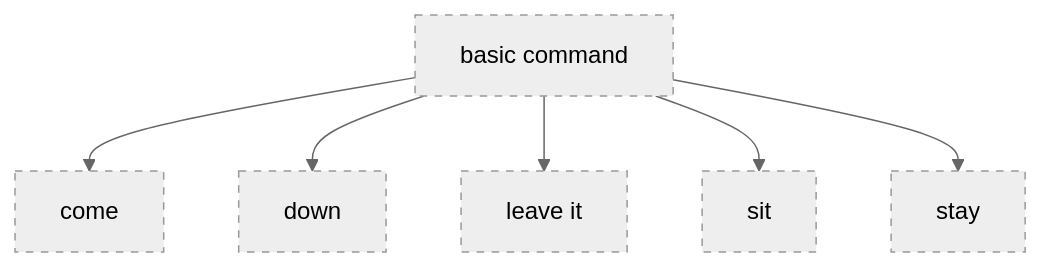
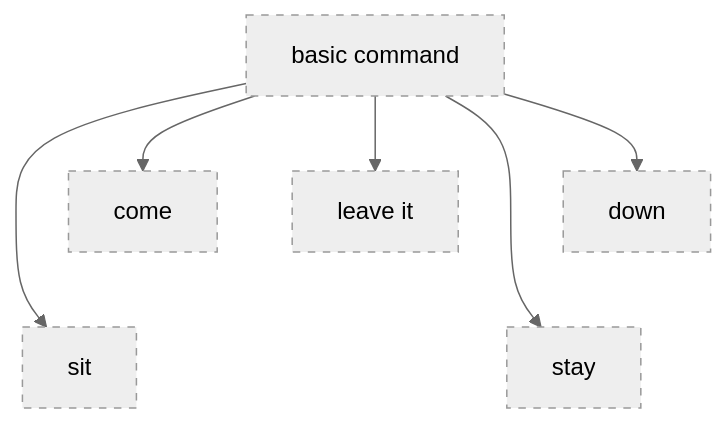
The first of 57 diagrams in data/ontology-pets-and-house-rules/03_release/00_raw/level-2.md (belaboros/DomainAiAssistant), drawn with Mermaid (neutral theme) before and after one commit. The commit also changed other lines of this file and 16 other files, not shown here.

First line of the commit message:
T39 (spec 0002): level diagrams near 16:9, is-a edges in relation diagrams

````diff
--- a/data/ontology-pets-and-house-rules/03_release/00_raw/level-2.md
+++ b/data/ontology-pets-and-house-rules/03_release/00_raw/level-2.md
@@ -14,16 +14,18 @@
 ```mermaid
 flowchart TB
     classDef draft stroke-dasharray: 5 5
     cn_01M82GS0NSGHH6X6DCYVS251BV["basic command"]
     cn_01M82GS0NSGHH6X6DCYVS251BZ["come"]
     cn_01M82GS0NSGHH6X6DCYVS251BX["down"]
     cn_01M82GS0NSGHH6X6DCYVS251C0["leave it"]
     cn_01M82GS0NSGHH6X6DCYVS251BW["sit"]
     cn_01M82GS0NSGHH6X6DCYVS251BY["stay"]
     cn_01M82GS0NSGHH6X6DCYVS251BV --> cn_01M82GS0NSGHH6X6DCYVS251BZ
     cn_01M82GS0NSGHH6X6DCYVS251BV --> cn_01M82GS0NSGHH6X6DCYVS251BX
     cn_01M82GS0NSGHH6X6DCYVS251BV --> cn_01M82GS0NSGHH6X6DCYVS251C0
     cn_01M82GS0NSGHH6X6DCYVS251BV --> cn_01M82GS0NSGHH6X6DCYVS251BW
     cn_01M82GS0NSGHH6X6DCYVS251BV --> cn_01M82GS0NSGHH6X6DCYVS251BY
+    cn_01M82GS0NSGHH6X6DCYVS251BZ ~~~ cn_01M82GS0NSGHH6X6DCYVS251BW
+    cn_01M82GS0NSGHH6X6DCYVS251BX ~~~ cn_01M82GS0NSGHH6X6DCYVS251BY
     class cn_01M82GS0NSGHH6X6DCYVS251BV,cn_01M82GS0NSGHH6X6DCYVS251BZ,cn_01M82GS0NSGHH6X6DCYVS251BX,cn_01M82GS0NSGHH6X6DCYVS251C0,cn_01M82GS0NSGHH6X6DCYVS251BW,cn_01M82GS0NSGHH6X6DCYVS251BY draft
 ```
````
